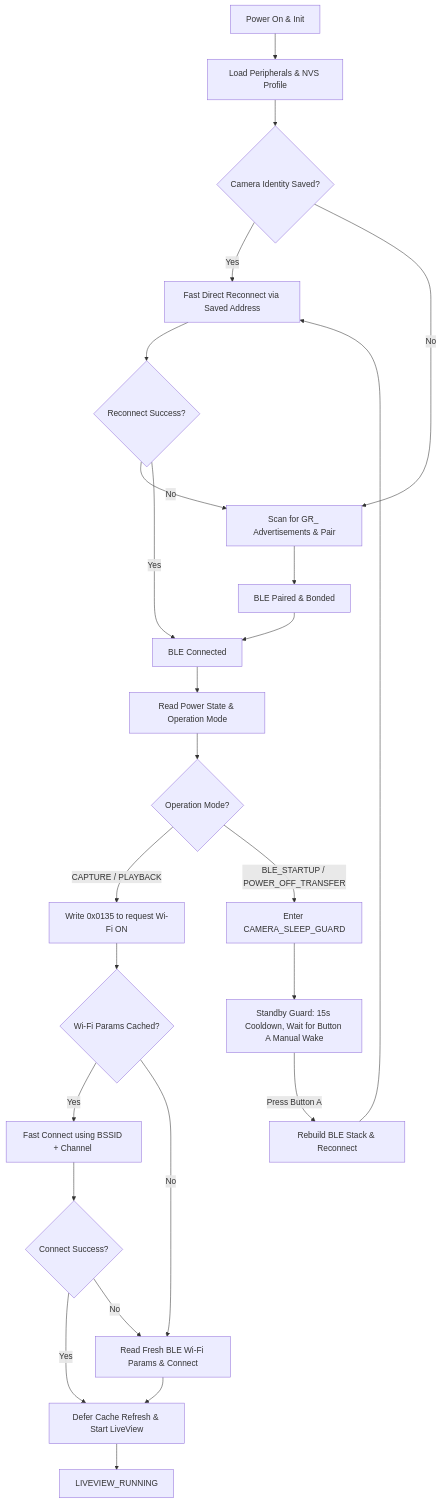
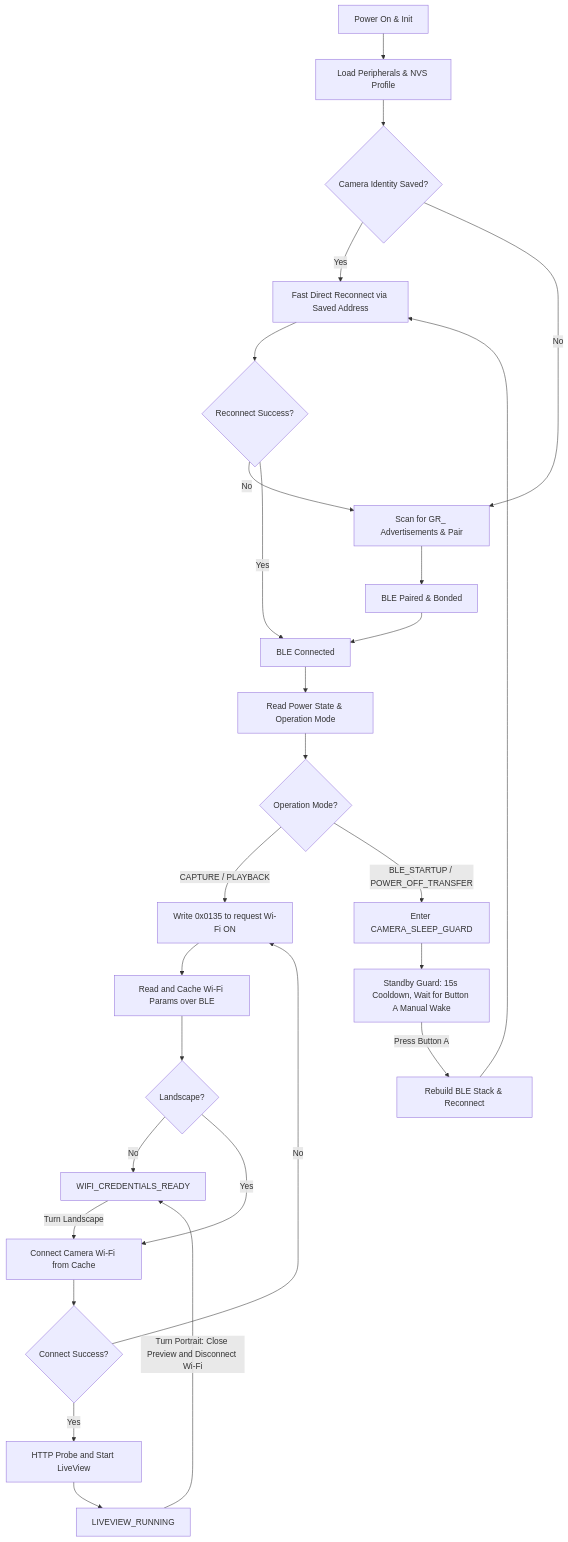
The diagram in README_EN.md (sky18Dragon/RICOH-GR-Live-View-Shooting), drawn with Mermaid before and after one commit. The commit also changed other lines of this file and 10 other files, not shown here.

Commit message:
feat(flow): gate camera wifi by device posture

````diff
--- a/README_EN.md
+++ b/README_EN.md
@@ -104,27 +104,29 @@
 ```mermaid
 graph TD
     A[Power On & Init] --> B[Load Peripherals & NVS Profile]
     B --> C{Camera Identity Saved?}
     C -->|Yes| D[Fast Direct Reconnect via Saved Address]
     C -->|No| E[Scan for GR_ Advertisements & Pair]
     D --> F{Reconnect Success?}
     F -->|No| E
     E --> G[BLE Paired & Bonded]
     F -->|Yes| H[BLE Connected]
     G --> H
     H --> I[Read Power State & Operation Mode]
     I --> J{Operation Mode?}
     J -->|CAPTURE / PLAYBACK| K[Write 0x0135 to request Wi-Fi ON]
     J -->|BLE_STARTUP / POWER_OFF_TRANSFER| L[Enter CAMERA_SLEEP_GUARD]
-    K --> M{Wi-Fi Params Cached?}
-    M -->|Yes| N[Fast Connect using BSSID + Channel <Short Timeout>]
-    M -->|No| O[Read Fresh BLE Wi-Fi Params & Connect]
+    K --> M[Read and Cache Wi-Fi Params over BLE]
+    M --> U{Landscape?}
+    U -->|No| V[WIFI_CREDENTIALS_READY]
+    V -->|Turn Landscape| N[Connect Camera Wi-Fi from Cache]
+    U -->|Yes| N
     N --> P{Connect Success?}
-    P -->|Yes| Q[Defer Cache Refresh & Start LiveView]
-    P -->|No| O
-    O --> Q
+    P -->|Yes| Q[HTTP Probe and Start LiveView]
+    P -->|No| K
     Q --> R[LIVEVIEW_RUNNING]
+    R -->|Turn Portrait: Close Preview and Disconnect Wi-Fi| V
     L --> S[Standby Guard: 15s Cooldown, Wait for Button A Manual Wake]
     S -->|Press Button A| T[Rebuild BLE Stack & Reconnect]
     T --> D
 ```
````
